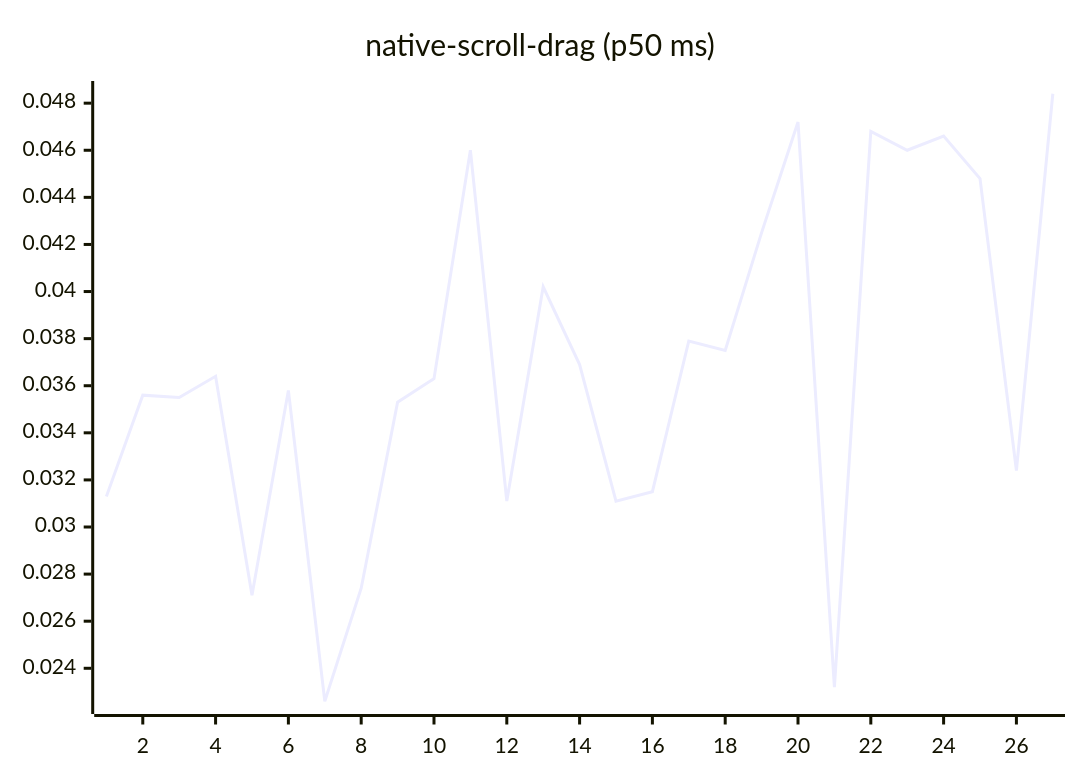
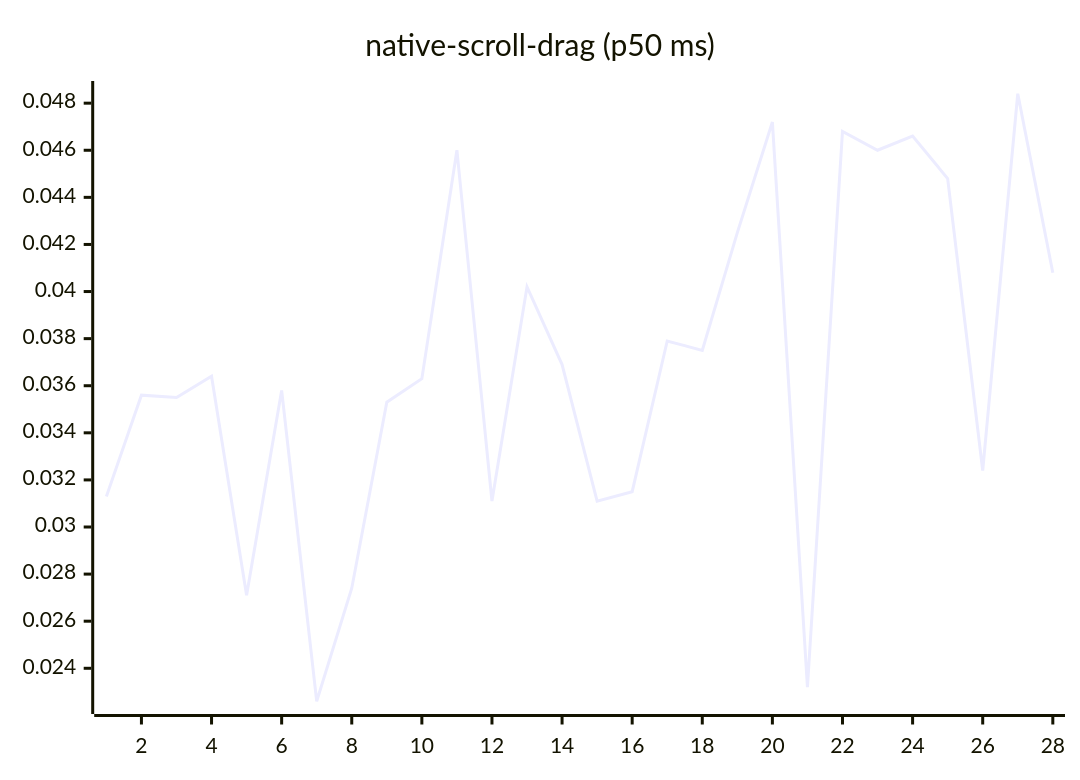
One commit to josha/Facet changed diagram 14 of 27 in README.md. Above: the diagram before and after it, drawn with Mermaid. The commit also changed other lines of this file and 2 other files, not shown here.

````diff
--- a/README.md
+++ b/README.md
@@ -154,6 +154,6 @@
 ```mermaid
 xychart-beta
     title "native-scroll-drag (p50 ms)"
-    x-axis 1 --> 27
-    line [0.0313, 0.0356, 0.0355, 0.0364, 0.0271, 0.0358, 0.0226, 0.0274, 0.0353, 0.0363, 0.0460, 0.0311, 0.0402, 0.0369, 0.0311, 0.0315, 0.0379, 0.0375, 0.0425, 0.0472, 0.0232, 0.0468, 0.0460, 0.0466, 0.0448, 0.0324, 0.0484]
+    x-axis 1 --> 28
+    line [0.0313, 0.0356, 0.0355, 0.0364, 0.0271, 0.0358, 0.0226, 0.0274, 0.0353, 0.0363, 0.0460, 0.0311, 0.0402, 0.0369, 0.0311, 0.0315, 0.0379, 0.0375, 0.0425, 0.0472, 0.0232, 0.0468, 0.0460, 0.0466, 0.0448, 0.0324, 0.0484, 0.0408]
 ```
````
